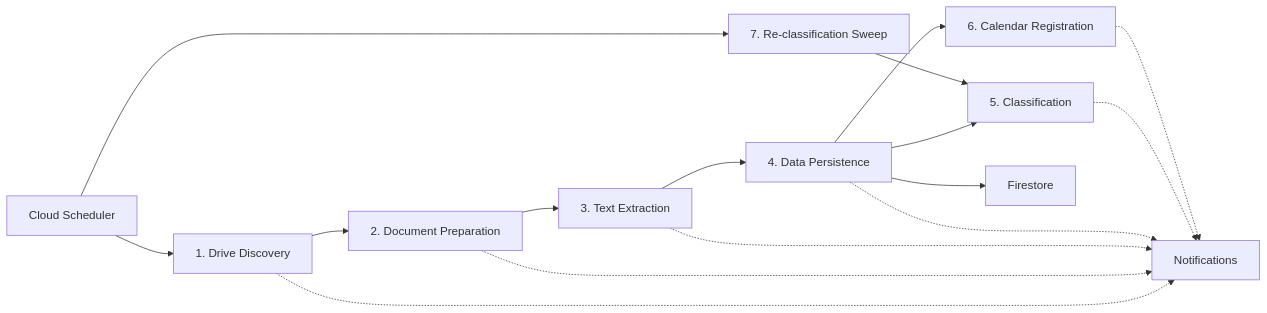
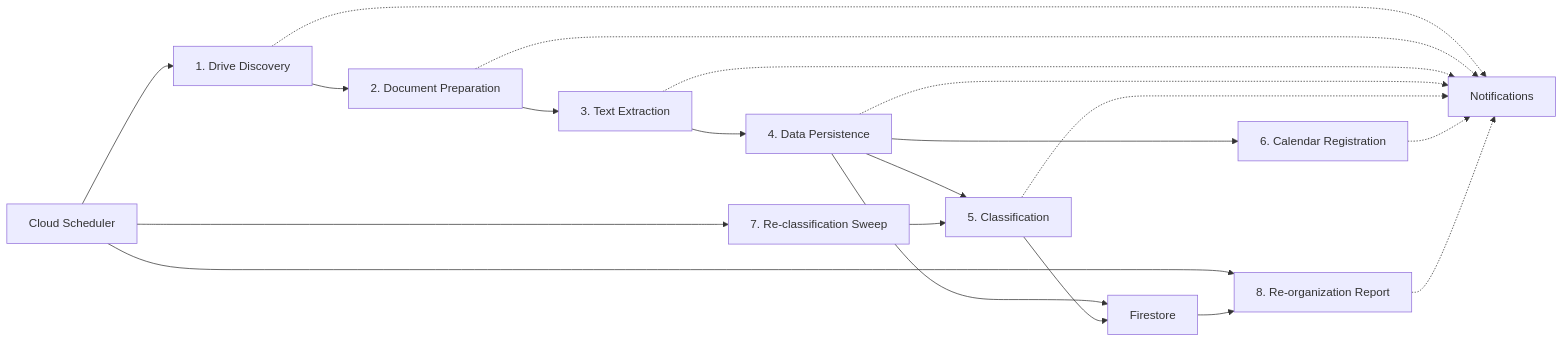
The diagram in README.md (kkohtaka/AutoNyan), drawn with Mermaid before and after one commit. The commit also changed other lines of this file and 2 other files, not shown here.

````diff
--- a/README.md
+++ b/README.md
@@ -11,18 +11,22 @@
 ```mermaid
 graph LR
     A[Cloud Scheduler] --> B[1. Drive Discovery]
     B --> C[2. Document Preparation]
     C --> D[3. Text Extraction]
     D --> E[4. Data Persistence]
     E --> G[5. Classification]
     E --> H[6. Calendar Registration]
     E --> F[Firestore]
     A --> R[7. Re-classification Sweep]
     R --> G
+    A --> O[8. Re-organization Report]
+    G --> F
+    F --> O
     B -.-> N[Notifications]
     C -.-> N
     D -.-> N
     E -.-> N
     G -.-> N
     H -.-> N
+    O -.-> N
 ```
````
